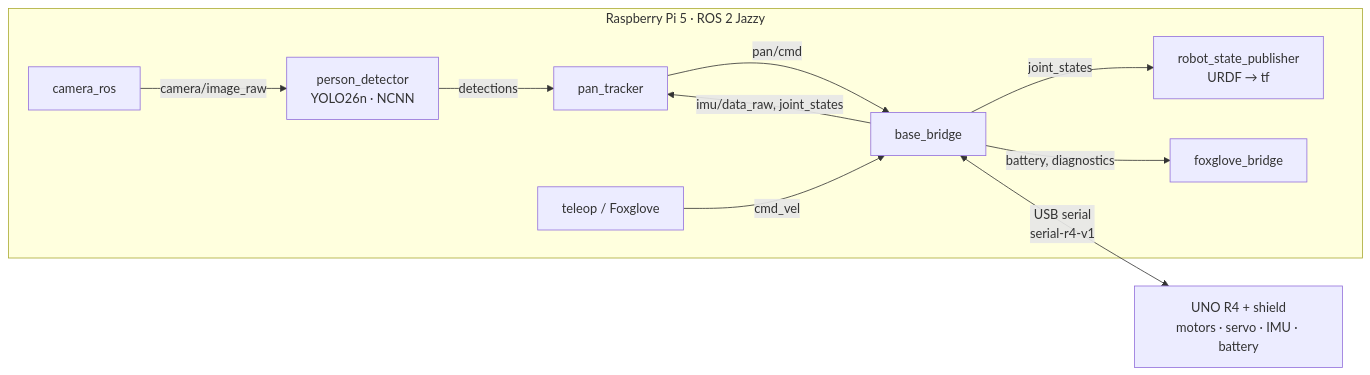
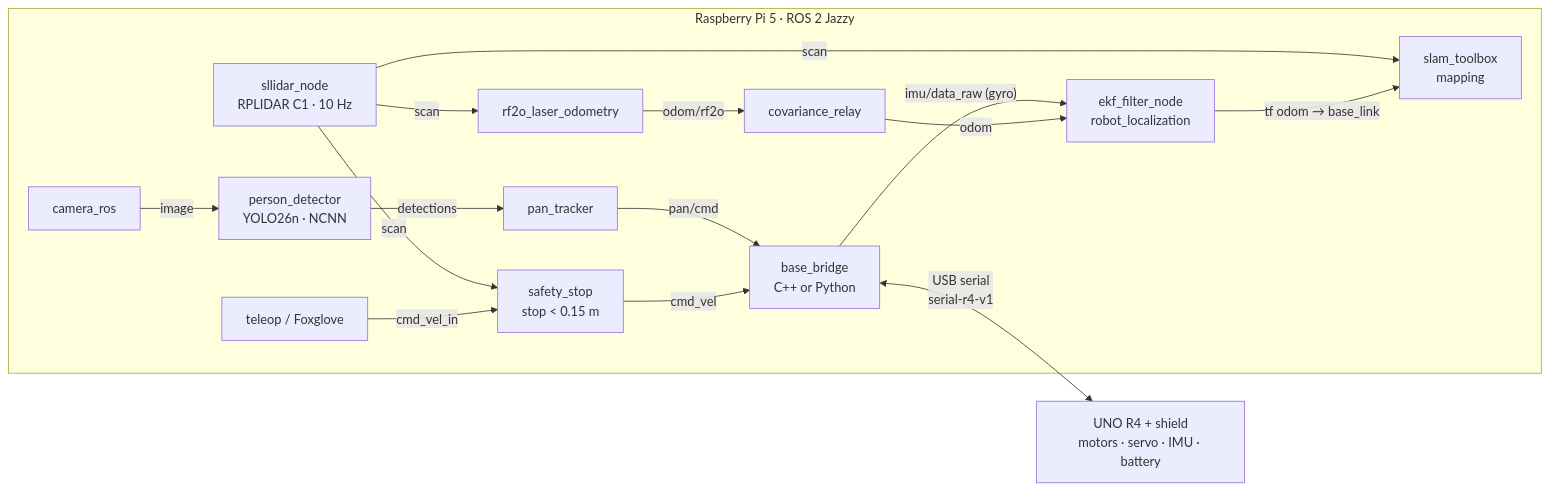
Before and after one commit to mattyjayt/terra-hawk-scout: the diagram in README.md, drawn with Mermaid. The commit also changed other lines of this file and 10 other files, not shown here.

Commit message:
docs: README and ROS 2 graphs updated to the robot as built (M2)

````diff
--- a/README.md
+++ b/README.md
@@ -64,13 +66,18 @@
 ```mermaid
 flowchart LR
   subgraph Pi5["Raspberry Pi 5 · ROS 2 Jazzy"]
-    cam["camera_ros"] -- camera/image_raw --> det["person_detector<br/>YOLO26n · NCNN"]
+    tel["teleop / Foxglove"] -- cmd_vel_in --> stop["safety_stop<br/>stop < 0.15 m"]
+    stop -- cmd_vel --> br["base_bridge<br/>C++ or Python"]
+    lid["sllidar_node<br/>RPLIDAR C1 · 10 Hz"] -- scan --> stop
+    lid -- scan --> rf["rf2o_laser_odometry"]
+    rf -- odom/rf2o --> rel["covariance_relay"]
+    rel -- odom --> ekf["ekf_filter_node<br/>robot_localization"]
+    br -- "imu/data_raw (gyro)" --> ekf
+    ekf -- "tf odom → base_link" --> slam["slam_toolbox<br/>mapping"]
+    lid -- scan --> slam
+    cam["camera_ros"] -- image --> det["person_detector<br/>YOLO26n · NCNN"]
     det -- detections --> trk["pan_tracker"]
-    trk -- pan/cmd --> br["base_bridge"]
-    tel["teleop / Foxglove"] -- cmd_vel --> br
-    br -- "imu/data_raw, joint_states" --> trk
-    br -- joint_states --> rsp["robot_state_publisher<br/>URDF → tf"]
-    br -- "battery, diagnostics" --> fox["foxglove_bridge"]
+    trk -- pan/cmd --> br
   end
   br <-- "USB serial<br/>serial-r4-v1" --> r4["UNO R4 + shield<br/>motors · servo · IMU · battery"]
 ```
````
